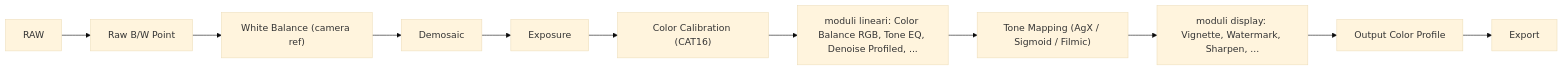
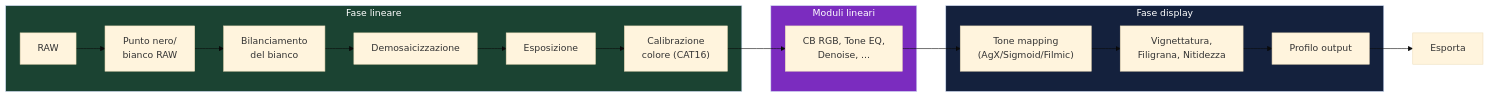
One commit to lorenzoperone/darktable-docs changed the diagram in docs/color/scene-referred.md. Above: the diagram before and after it, drawn with Mermaid (base theme). The commit also changed 40 other files, not shown here.

First line of the commit message:
fix: reformatta diagrammi Mermaid — etichette brevi, break line, italiano

````diff
--- a/docs/color/scene-referred.md
+++ b/docs/color/scene-referred.md
@@ -26,9 +26,23 @@
 ```mermaid
 flowchart LR
-    A["RAW"] --> B["Raw B/W Point"] --> C["White Balance (camera ref)"] --> D["Demosaic"]
-    --> E["Exposure"] --> F["Color Calibration (CAT16)"]
-    --> G["moduli lineari: Color Balance RGB, Tone EQ, Denoise Profiled, ..."]
-    --> H["Tone Mapping (AgX / Sigmoid / Filmic)"]
-    --> I["moduli display: Vignette, Watermark, Sharpen, ..."]
-    --> J["Output Color Profile"] --> K["Export"]
+    subgraph LINEARE["Fase lineare"]
+        A["RAW"] --> B["Punto nero/<br/>bianco RAW"]
+        B --> C["Bilanciamento<br/>del bianco"]
+        C --> D["Demosaicizzazione"]
+        D --> E["Esposizione"]
+        E --> F["Calibrazione<br/>colore (CAT16)"]
+    end
+    subgraph TONE["Moduli lineari"]
+        F --> G["CB RGB, Tone EQ,<br/>Denoise, ..."]
+    end
+    subgraph DISPLAY["Fase display"]
+        G --> H["Tone mapping<br/>(AgX/Sigmoid/Filmic)"]
+        H --> I["Vignettatura,<br/>Filigrana, Nitidezza"]
+        I --> J["Profilo output"]
+    end
+    J --> K["Esporta"]
+
+    style LINEARE fill:#1b4332,color:#fff
+    style TONE fill:#7b2cbf,color:#fff
+    style DISPLAY fill:#14213d,color:#fff
 ```
````
